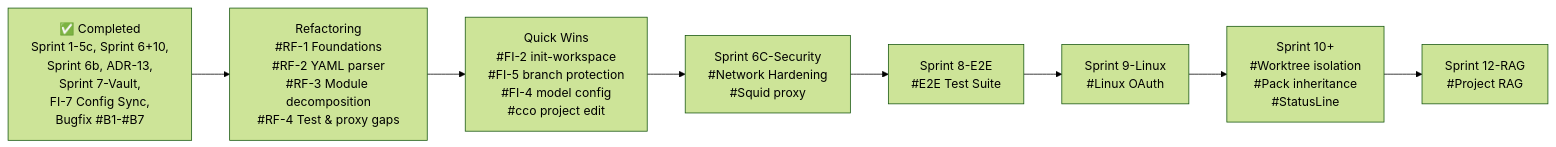
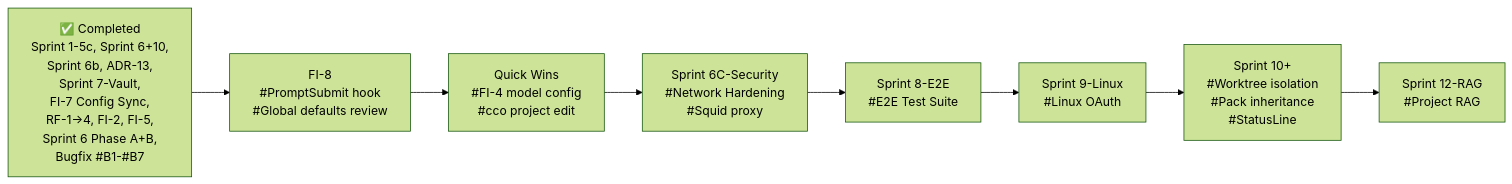
Before and after one commit to alergyonthestage/claude-orchestrator: the diagram in docs/maintainer/decisions/roadmap.md, drawn with Mermaid (forest theme). The commit also changed other lines of this file, not shown here.

First line of the commit message:
docs: reorganize roadmap — move completed items, remove duplicates

````diff
--- a/docs/maintainer/decisions/roadmap.md
+++ b/docs/maintainer/decisions/roadmap.md
@@ -57,20 +48,20 @@
 ```mermaid
 graph LR
-    DONE["✅ Completed<br/>Sprint 1-5c, Sprint 6+10,<br/>Sprint 6b, ADR-13,<br/>Sprint 7-Vault,<br/>FI-7 Config Sync,<br/>Bugfix #B1-#B7"]
+    DONE["✅ Completed<br/>Sprint 1-5c, Sprint 6+10,<br/>Sprint 6b, ADR-13,<br/>Sprint 7-Vault,<br/>FI-7 Config Sync,<br/>RF-1→4, FI-2, FI-5,<br/>Sprint 6 Phase A+B,<br/>Bugfix #B1-#B7"]
 
-    RF["Refactoring<br/>#RF-1 Foundations<br/>#RF-2 YAML parser<br/>#RF-3 Module decomposition<br/>#RF-4 Test & proxy gaps"]
-    QW["Quick Wins<br/>#FI-2 init-workspace<br/>#FI-5 branch protection<br/>#FI-4 model config<br/>#cco project edit"]
+    FI8["FI-8<br/>#PromptSubmit hook<br/>#Global defaults review"]
+    QW["Quick Wins<br/>#FI-4 model config<br/>#cco project edit"]
     S6S["Sprint 6C-Security<br/>#Network Hardening<br/>#Squid proxy"]
     S8E["Sprint 8-E2E<br/>#E2E Test Suite"]
     S9L["Sprint 9-Linux<br/>#Linux OAuth"]
     S10["Sprint 10+<br/>#Worktree isolation<br/>#Pack inheritance<br/>#StatusLine"]
     S12R["Sprint 12-RAG<br/>#Project RAG"]
 
-    DONE --> RF
-    RF --> QW
+    DONE --> FI8
+    FI8 --> QW
     QW --> S6S
     S6S --> S8E
     S8E --> S9L
     S9L --> S10
     S10 --> S12R
 ```
````
